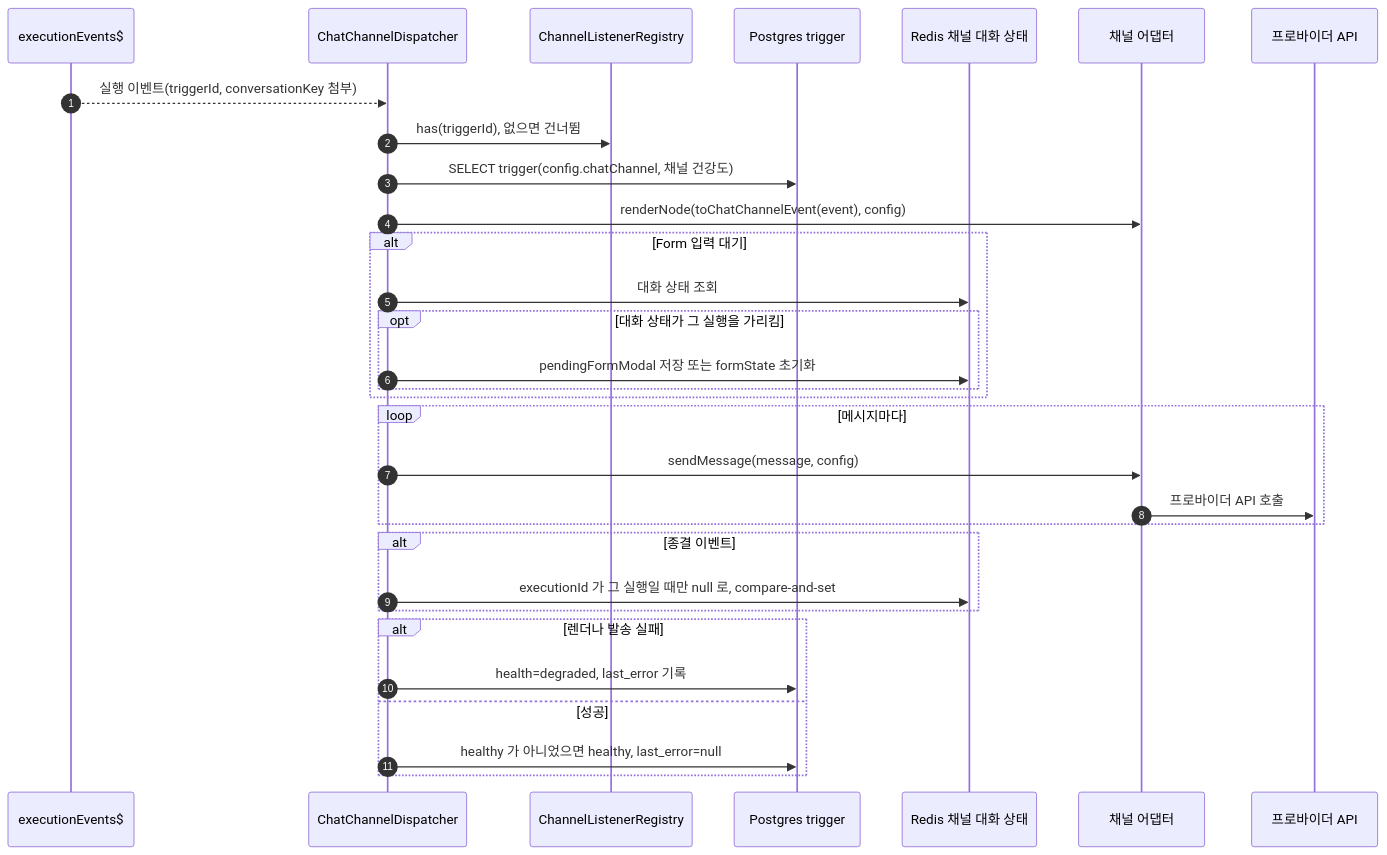
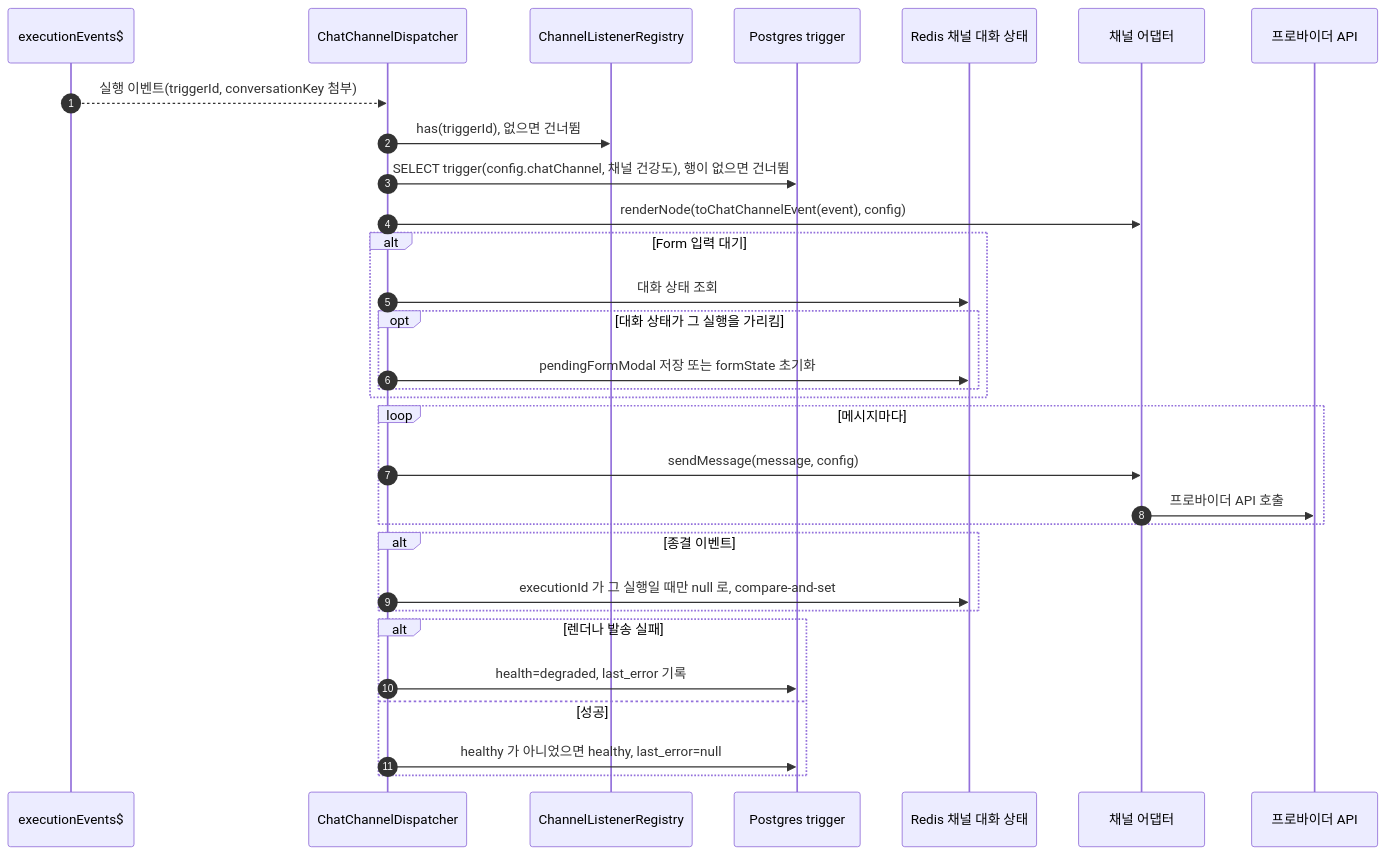
Before and after one commit to worker-ants/clemvion: the second of 3 diagrams in spec/CLE-CHAT/CLE-CHAT-DATA.md, drawn with Mermaid. The commit also changed other lines of this file and 18 other files, not shown here.

````diff
--- a/spec/CLE-CHAT/CLE-CHAT-DATA.md
+++ b/spec/CLE-CHAT/CLE-CHAT-DATA.md
@@ -303,33 +303,33 @@
 ```mermaid
 sequenceDiagram
   autonumber
   participant WS as executionEvents$
   participant D as ChatChannelDispatcher
   participant Reg as ChannelListenerRegistry
   participant PG as Postgres trigger
   participant R as Redis 채널 대화 상태
   participant Ad as 채널 어댑터
   participant Ext as 프로바이더 API
   WS-->>D: 실행 이벤트(triggerId, conversationKey 첨부)
   D->>Reg: has(triggerId), 없으면 건너뜀
-  D->>PG: SELECT trigger(config.chatChannel, 채널 건강도)
+  D->>PG: SELECT trigger(config.chatChannel, 채널 건강도), 행이 없으면 건너뜀
   D->>Ad: renderNode(toChatChannelEvent(event), config)
   alt Form 입력 대기
     D->>R: 대화 상태 조회
     opt 대화 상태가 그 실행을 가리킴
       D->>R: pendingFormModal 저장 또는 formState 초기화
     end
   end
   loop 메시지마다
     D->>Ad: sendMessage(message, config)
     Ad->>Ext: 프로바이더 API 호출
   end
   alt 종결 이벤트
     D->>R: executionId 가 그 실행일 때만 null 로, compare-and-set
   end
   alt 렌더나 발송 실패
     D->>PG: health=degraded, last_error 기록
   else 성공
     D->>PG: healthy 가 아니었으면 healthy, last_error=null
   end
 ```
````
